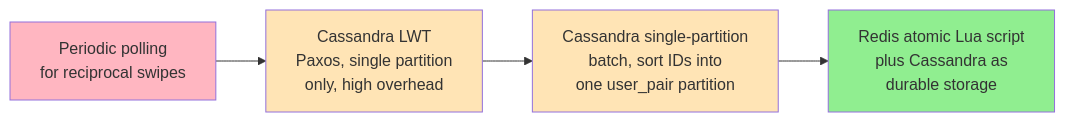
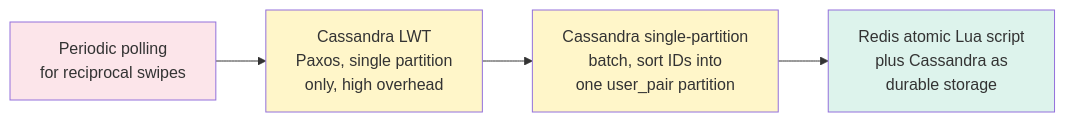
Before and after one commit to cartmancodes/InterviewVault: the second of 3 diagrams in LLD/SystemDesign/ProblemBreakdowns/Tinder.md, drawn with Mermaid. The commit also changed other lines of this file and 679 other files, not shown here.

Commit message:
Unify content diagrams and add accessible visual walkthroughs

````diff
--- a/LLD/SystemDesign/ProblemBreakdowns/Tinder.md
+++ b/LLD/SystemDesign/ProblemBreakdowns/Tinder.md
@@ -386,11 +386,11 @@
 ```mermaid
 graph LR
     P["Periodic polling<br/>for reciprocal swipes"] --> LWT["Cassandra LWT<br/>Paxos, single partition<br/>only, high overhead"]
     LWT --> BATCH["Cassandra single-partition<br/>batch, sort IDs into<br/>one user_pair partition"]
     BATCH --> R["Redis atomic Lua script<br/>plus Cassandra as<br/>durable storage"]
 
-    style P fill:#FFB6C1
-    style LWT fill:#FFE4B5
-    style BATCH fill:#FFE4B5
-    style R fill:#90EE90
+    style P fill:#FCE5EA
+    style LWT fill:#FFF6C9
+    style BATCH fill:#FFF6C9
+    style R fill:#DDF3EC
 ```
````
